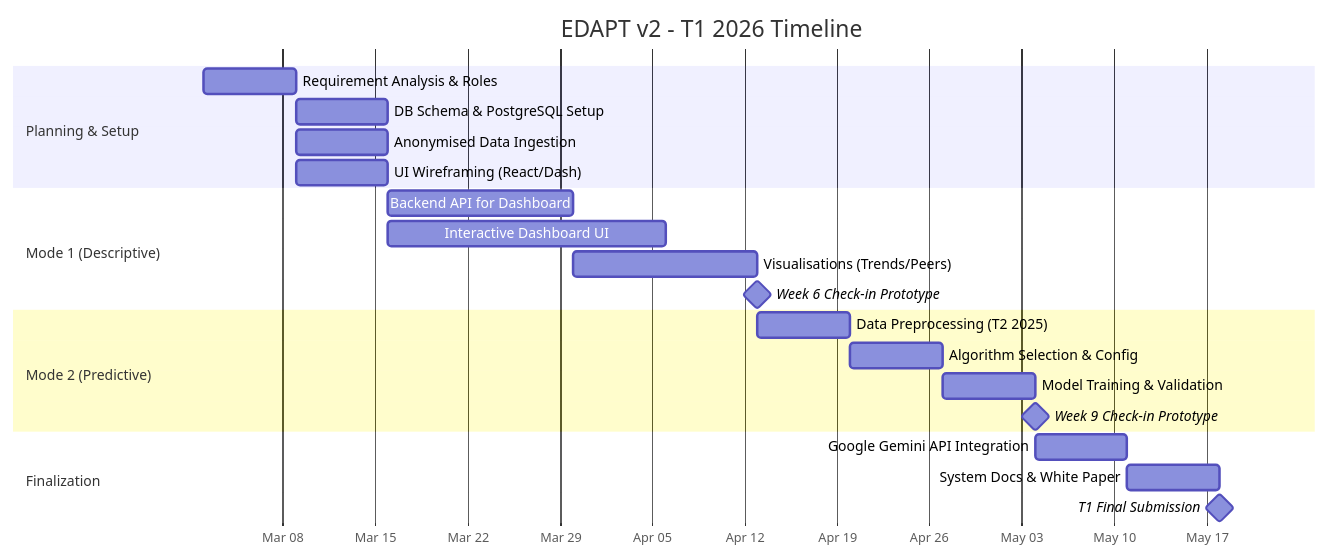
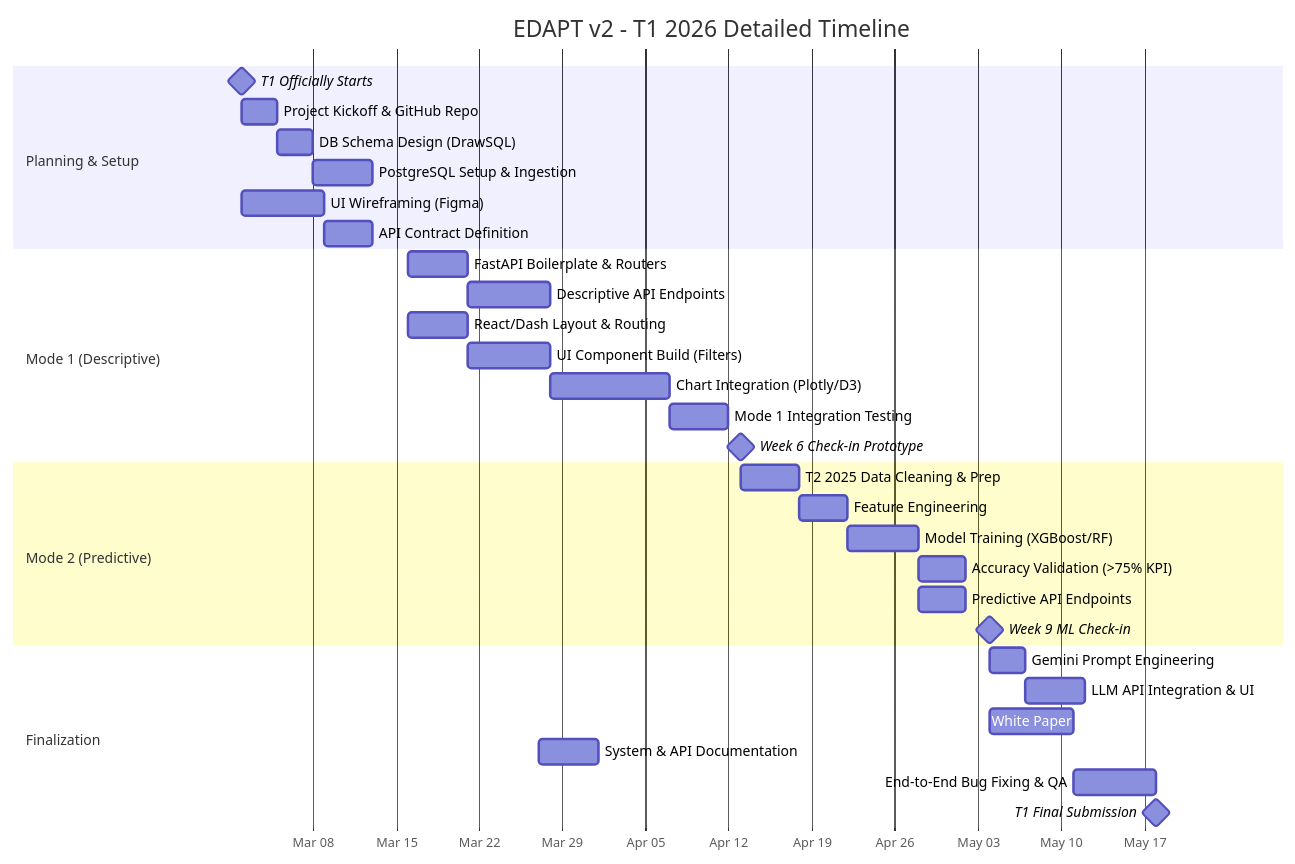
One commit to KOI-Capstone-Project/EDAPTv2 changed the first of 2 diagrams in README.md. Above: the diagram before and after it, drawn with Mermaid. The commit also changed other lines of this file, not shown here.

Commit message:
[GANTT]-Detail: Expand T1 & T2 timelines and fix Mermaid rendering
- Broke down high-level phases into granular technical tasks for Agile tracking.
- Fixed text overflow by increasing left and right padding in the Mermaid config.
- Corrected x-axis date anchoring to strictly start on March 2.
- Set tick interval to 7 days and removed the today marker for a cleaner visual grid.

````diff
--- a/README.md
+++ b/README.md
@@ -6,30 +6,40 @@
 ```mermaid
-%%{init: {'gantt': {'leftPadding': 150, 'rightPadding': 150}}}%%
+%%{init: {'gantt': {'leftPadding': 180, 'rightPadding': 200}}}%%
 gantt
-    title EDAPT v2 - T1 2026 Timeline
+    title EDAPT v2 - T1 2026 Detailed Timeline
     dateFormat  YYYY-MM-DD
     axisFormat  %b %d
     
     section Planning & Setup
-    Requirement Analysis & Roles  :a1, 2026-03-02, 7d
-    DB Schema & PostgreSQL Setup  :a2, 2026-03-09, 7d
-    Anonymised Data Ingestion     :a3, 2026-03-09, 7d
-    UI Wireframing (React/Dash)   :a4, 2026-03-09, 7d
+    T1 Officially Starts            :milestone, start, 2026-03-02, 0d
+    Project Kickoff & GitHub Repo   :a1, 2026-03-02, 3d
+    DB Schema Design (DrawSQL)      :a2, after a1, 3d
+    PostgreSQL Setup & Ingestion    :a3, after a2, 5d
+    UI Wireframing (Figma)          :a4, 2026-03-02, 7d
+    API Contract Definition         :a5, after a4, 4d
     
     section Mode 1 (Descriptive)
-    Backend API for Dashboard     :a5, 2026-03-16, 14d
-    Interactive Dashboard UI      :a6, 2026-03-16, 21d
-    Visualisations (Trends/Peers) :a7, 2026-03-30, 14d
-    Week 6 Check-in Prototype     :milestone, m1, 2026-04-13, 0d
+    FastAPI Boilerplate & Routers   :a6, 2026-03-16, 5d
+    Descriptive API Endpoints       :a7, after a6, 7d
+    React/Dash Layout & Routing     :a8, 2026-03-16, 5d
+    UI Component Build (Filters)    :a9, after a8, 7d
+    Chart Integration (Plotly/D3)   :a10, after a9, 10d
+    Mode 1 Integration Testing      :a11, after a10, 5d
+    Week 6 Check-in Prototype       :milestone, m1, 2026-04-13, 0d
     
     section Mode 2 (Predictive)
-    Data Preprocessing (T2 2025)  :a8, 2026-04-13, 7d
-    Algorithm Selection & Config  :a9, 2026-04-20, 7d
-    Model Training & Validation   :a10, 2026-04-27, 7d
-    Week 9 Check-in Prototype     :milestone, m2, 2026-05-04, 0d
+    T2 2025 Data Cleaning & Prep    :a12, 2026-04-13, 5d
+    Feature Engineering             :a13, after a12, 4d
+    Model Training (XGBoost/RF)     :a14, after a13, 6d
+    Accuracy Validation (>75% KPI)  :a15, after a14, 4d
+    Predictive API Endpoints        :a16, after a14, 4d
+    Week 9 ML Check-in              :milestone, m2, 2026-05-04, 0d
     
     section Finalization
-    Google Gemini API Integration :a11, 2026-05-04, 7d
-    System Docs & White Paper     :a12, 2026-05-11, 7d
-    T1 Final Submission           :milestone, m3, 2026-05-18, 0d
+    Gemini Prompt Engineering       :a17, 2026-05-04, 3d
+    LLM API Integration & UI        :a18, after a17, 5d
+    White Paper: Predictive Logic   :a19, 2026-05-04, 7d
+    System & API Documentation      :a20, after a19, 5d
+    End-to-End Bug Fixing & QA      :a21, 2026-05-11, 7d
+    T1 Final Submission             :milestone, m3, 2026-05-18, 0d
 ```
````
